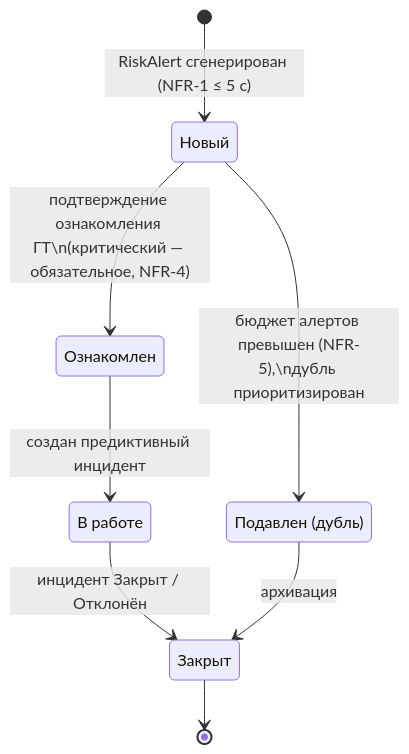
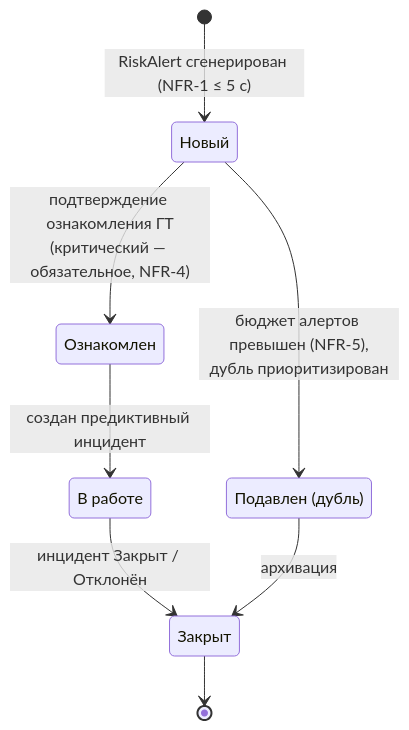
Before and after one commit to igorvolk1961/water_checker: the first of 4 diagrams in docs/system_analysis/diagrams/state_incident_alert_task.md, drawn with Mermaid. The commit also changed other lines of this file and 4 other files, not shown here.

Commit message:
Fix mermaid parse error: remove semicolons in labels and use <br/> instead of literal backslash-n

````diff
--- a/docs/system_analysis/diagrams/state_incident_alert_task.md
+++ b/docs/system_analysis/diagrams/state_incident_alert_task.md
@@ -8,15 +8,15 @@
 ```mermaid
 stateDiagram-v2
     state "Новый" as A1
     state "Ознакомлен" as A2
     state "В работе" as A3
     state "Закрыт" as A4
     state "Подавлен (дубль)" as A5
     [*] --> A1 : RiskAlert сгенерирован (NFR-1 ≤ 5 с)
-    A1 --> A2 : подтверждение ознакомления ГТ\n(критический — обязательное, NFR-4)
+    A1 --> A2 : подтверждение ознакомления ГТ<br/>(критический — обязательное, NFR-4)
     A2 --> A3 : создан предиктивный инцидент
     A3 --> A4 : инцидент Закрыт / Отклонён
-    A1 --> A5 : бюджет алертов превышен (NFR-5),\nдубль приоритизирован
+    A1 --> A5 : бюджет алертов превышен (NFR-5),<br/>дубль приоритизирован
     A5 --> A4 : архивация
     A4 --> [*]
 ```
````
